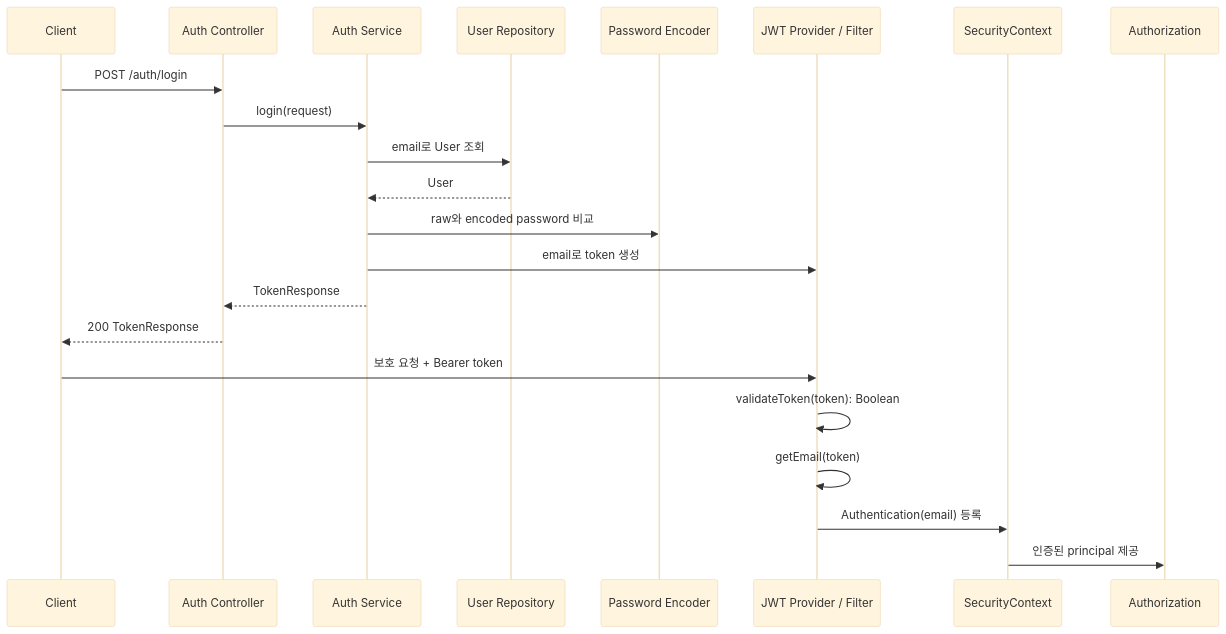
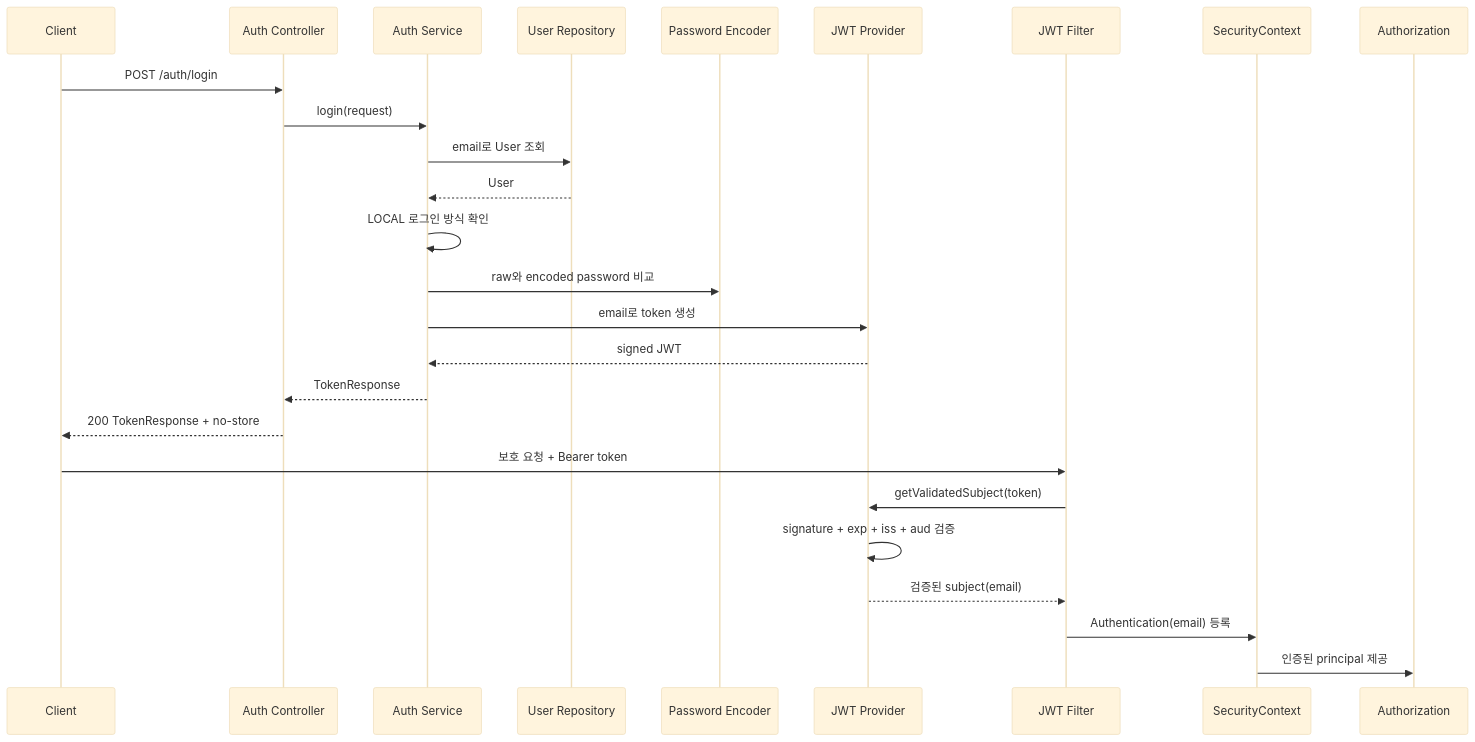
The third of 5 diagrams in docs/theory.md (stdiodh/spring-boot-db-access-lab), drawn with Mermaid (base theme) before and after one commit. The commit also changed other lines of this file and 31 other files, not shown here.

````diff
--- a/docs/theory.md
+++ b/docs/theory.md
@@ -122,24 +124,28 @@
 ```mermaid
 sequenceDiagram
     participant C as Client
     participant AC as Auth Controller
     participant AS as Auth Service
     participant R as User Repository
     participant E as Password Encoder
-    participant J as JWT Provider / Filter
+    participant J as JWT Provider
+    participant F as JWT Filter
     participant SC as SecurityContext
     participant Z as Authorization
     C->>AC: POST /auth/login
     AC->>AS: login(request)
     AS->>R: email로 User 조회
     R-->>AS: User
+    AS->>AS: LOCAL 로그인 방식 확인
     AS->>E: raw와 encoded password 비교
     AS->>J: email로 token 생성
+    J-->>AS: signed JWT
     AS-->>AC: TokenResponse
-    AC-->>C: 200 TokenResponse
-    C->>J: 보호 요청 + Bearer token
-    J->>J: validateToken(token): Boolean
-    J->>J: getEmail(token)
-    J->>SC: Authentication(email) 등록
+    AC-->>C: 200 TokenResponse + no-store
+    C->>F: 보호 요청 + Bearer token
+    F->>J: getValidatedSubject(token)
+    J->>J: signature + exp + iss + aud 검증
+    J-->>F: 검증된 subject(email)
+    F->>SC: Authentication(email) 등록
     SC->>Z: 인증된 principal 제공
 ```
````
